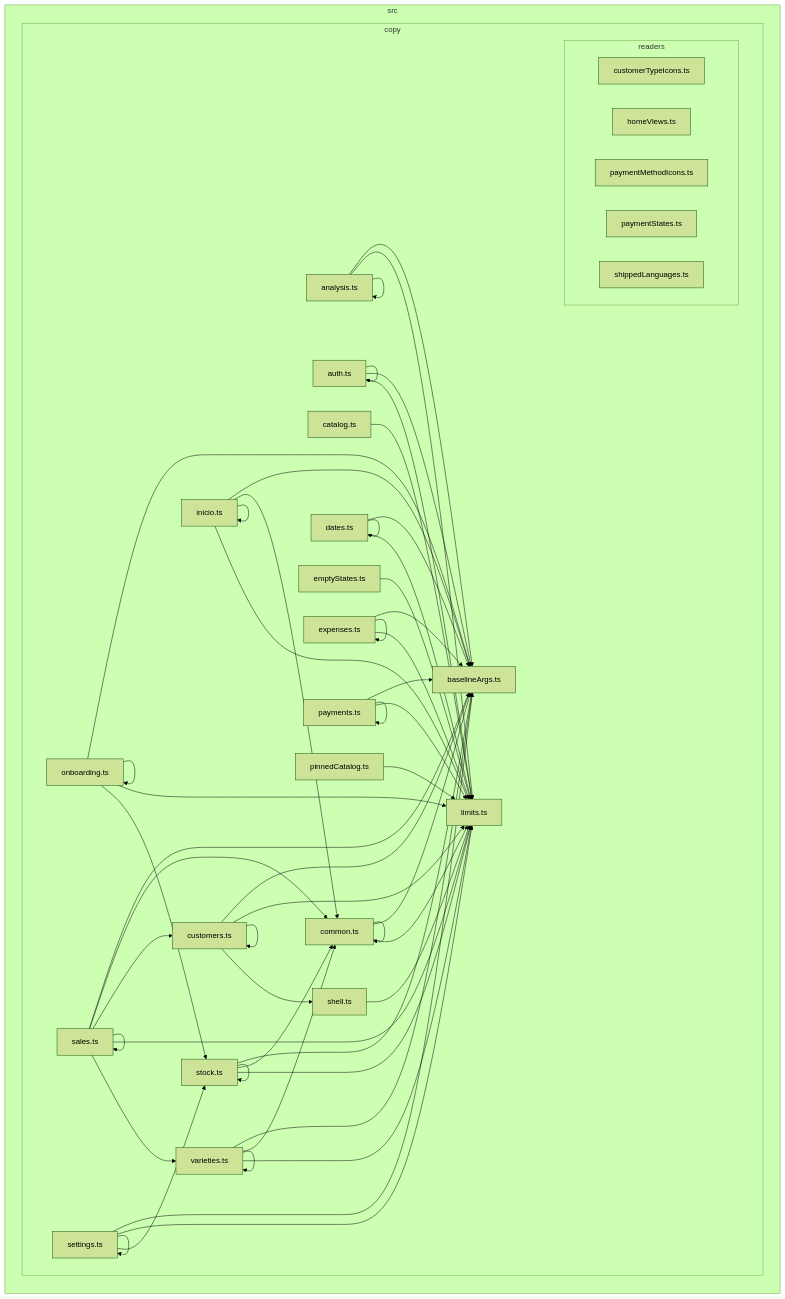
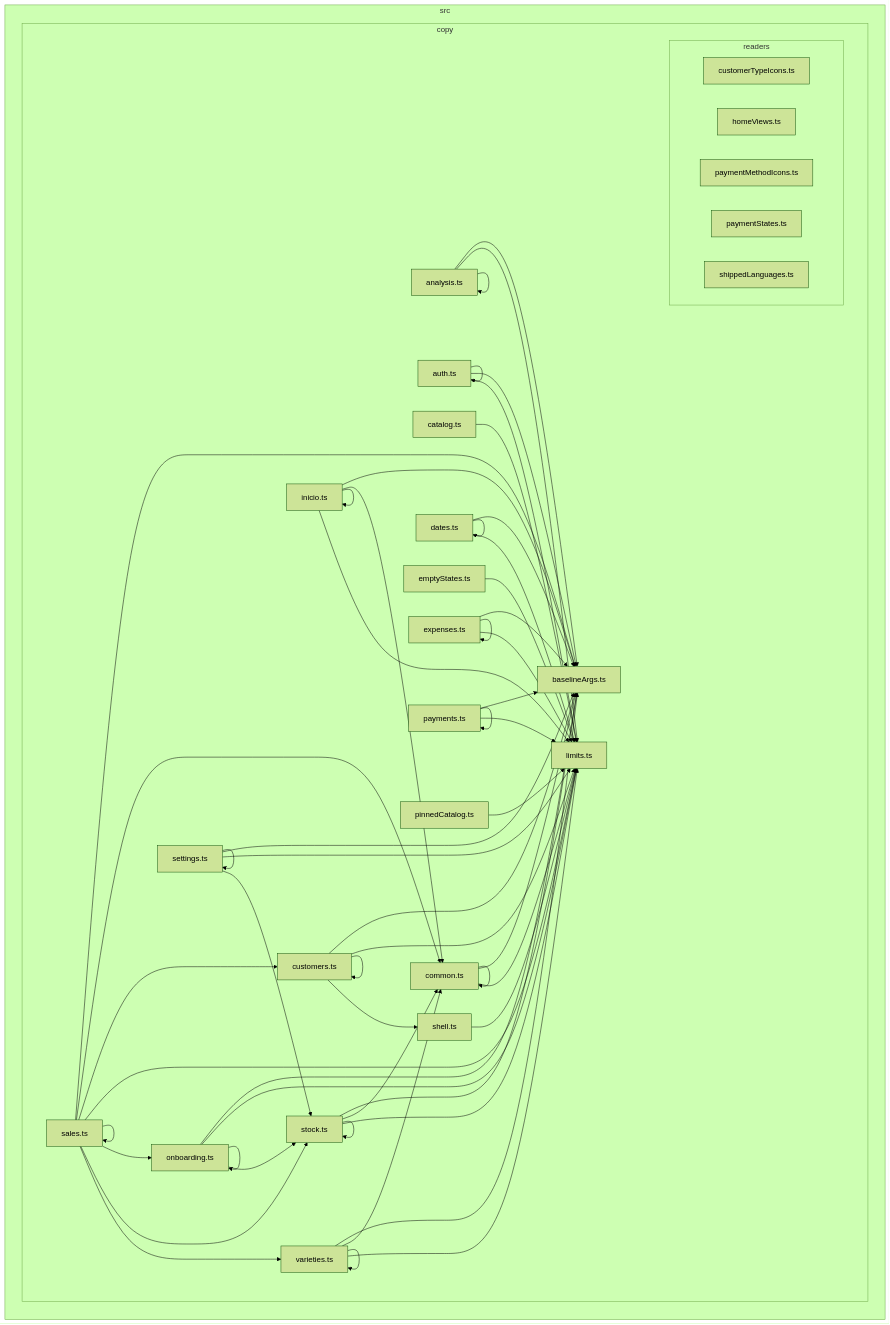
The diagram in docs/architecture/generated/front-modules/copy.md (GonzaloZevallos/apostrophe), drawn with Mermaid (forest theme) before and after one commit. The commit also changed 2 other files, not shown here.

Commit message:
chore(docs): regenerate [skip ci]

```diff
--- a/docs/architecture/generated/front-modules/copy.md
+++ b/docs/architecture/generated/front-modules/copy.md
@@ -73,7 +73,9 @@
 src_copy_sales_ts-->src_copy_common_ts
 src_copy_sales_ts-->src_copy_customers_ts
 src_copy_sales_ts-->src_copy_limits_ts
+src_copy_sales_ts-->src_copy_onboarding_ts
 src_copy_sales_ts-->src_copy_sales_ts
+src_copy_sales_ts-->src_copy_stock_ts
 src_copy_sales_ts-->src_copy_varieties_ts
 src_copy_settings_ts-->src_copy_baselineArgs_ts
 src_copy_settings_ts-->src_copy_limits_ts
```
